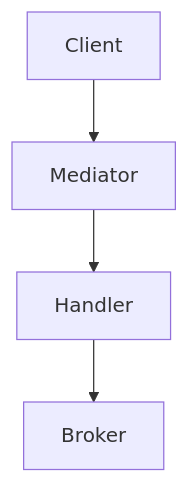
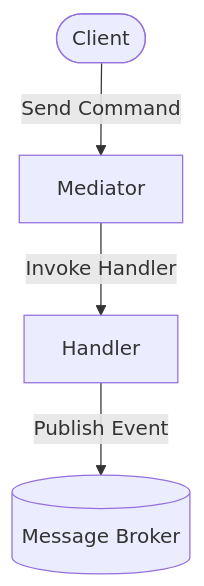
One commit to ArmandRicheletKleinberg/Ark.Alliance.Core.Mediator changed the first of 2 diagrams in README.md. Above: the diagram before and after it, drawn with Mermaid. The commit also changed other lines of this file, not shown here.

````diff
--- a/README.md
+++ b/README.md
@@ -126,6 +135,6 @@
 ```mermaid
 flowchart TD
-    Client --> Mediator
-    Mediator --> Handler
-    Handler --> Broker
+    Client([Client]) -->|Send Command| Mediator
+    Mediator -->|Invoke Handler| Handler
+    Handler -->|Publish Event| Broker[(Message Broker)]
 ```
````
